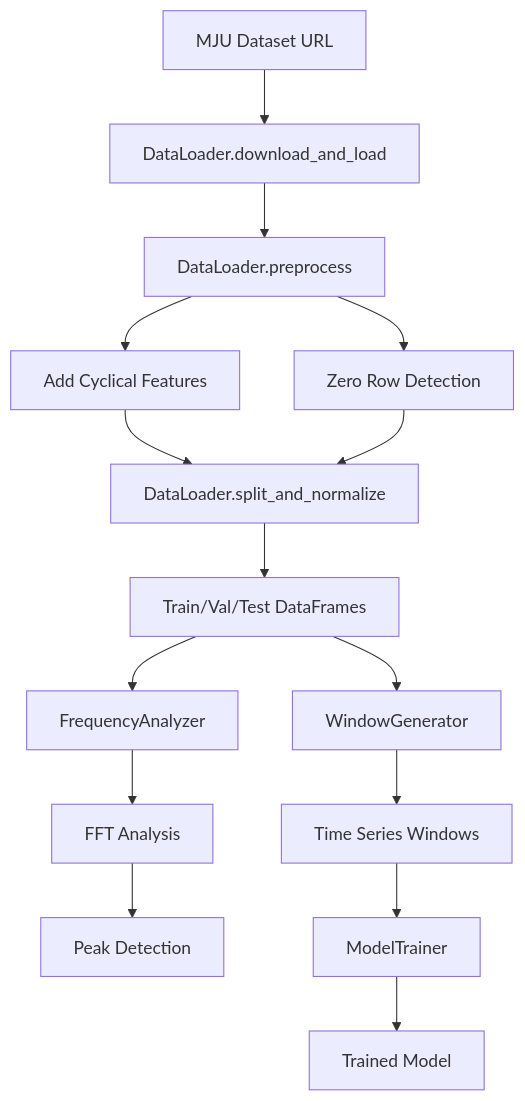
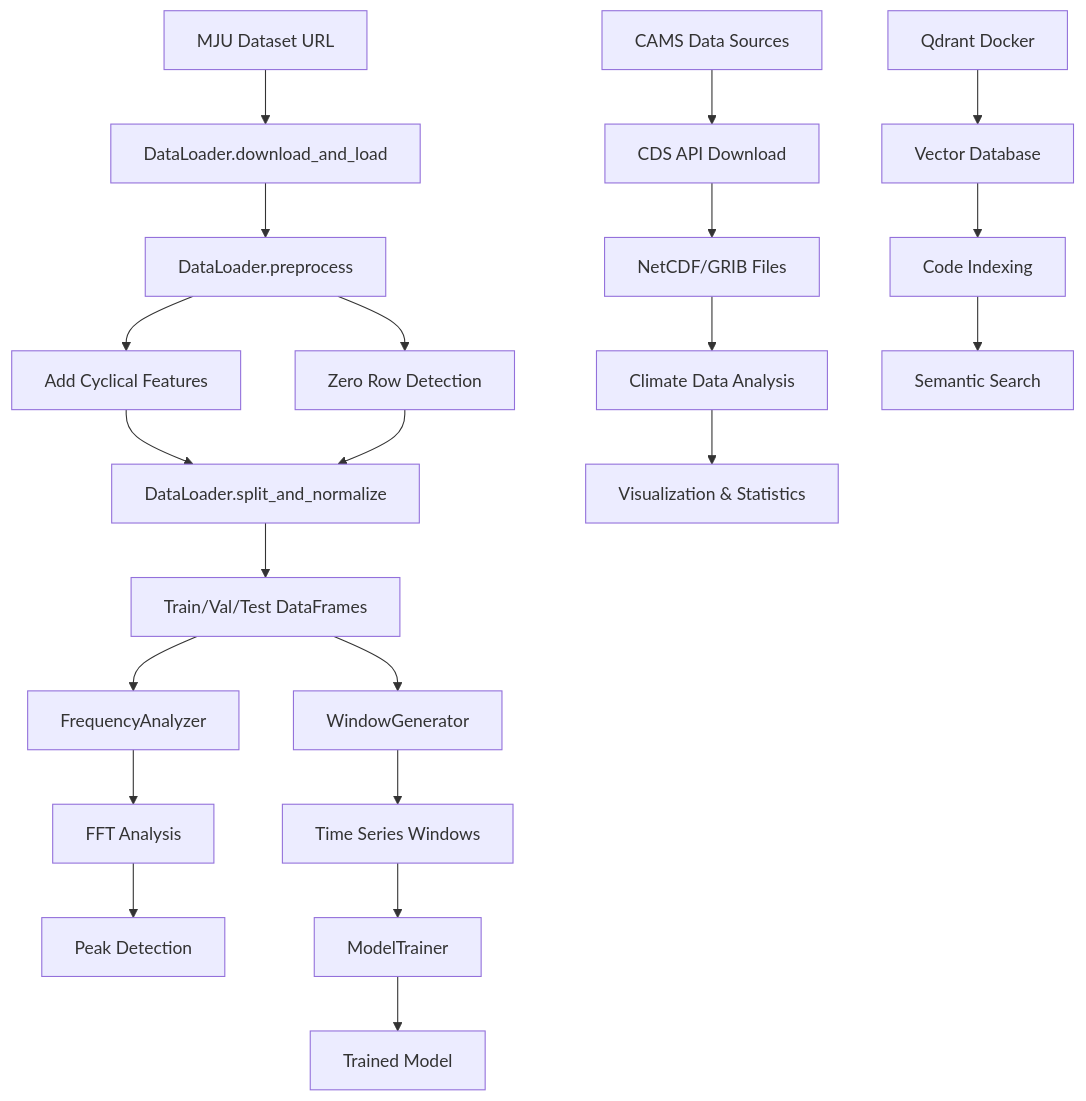
One commit to wsarachai/CM-SolarTS changed the diagram in .kilocode/rules/memory-bank/architecture.md. Above: the diagram before and after it, drawn with Mermaid. The commit also changed other lines of this file and 37 other files, not shown here.

````diff
--- a/.kilocode/rules/memory-bank/architecture.md
+++ b/.kilocode/rules/memory-bank/architecture.md
@@ -167,19 +258,28 @@
 ```mermaid
 graph TD
     A[MJU Dataset URL] --> B[DataLoader.download_and_load]
     B --> C[DataLoader.preprocess]
     C --> D[Add Cyclical Features]
     C --> E[Zero Row Detection]
     D --> F[DataLoader.split_and_normalize]
     E --> F
     F --> G[Train/Val/Test DataFrames]
 
     G --> H[FrequencyAnalyzer]
     H --> I[FFT Analysis]
     I --> J[Peak Detection]
 
     G --> K[WindowGenerator]
     K --> L[Time Series Windows]
     L --> M[ModelTrainer]
     M --> N[Trained Model]
+
+    O[CAMS Data Sources] --> P[CDS API Download]
+    P --> Q[NetCDF/GRIB Files]
+    Q --> R[Climate Data Analysis]
+    R --> S[Visualization & Statistics]
+
+    T[Qdrant Docker] --> U[Vector Database]
+    U --> V[Code Indexing]
+    V --> W[Semantic Search]
 ```
````
